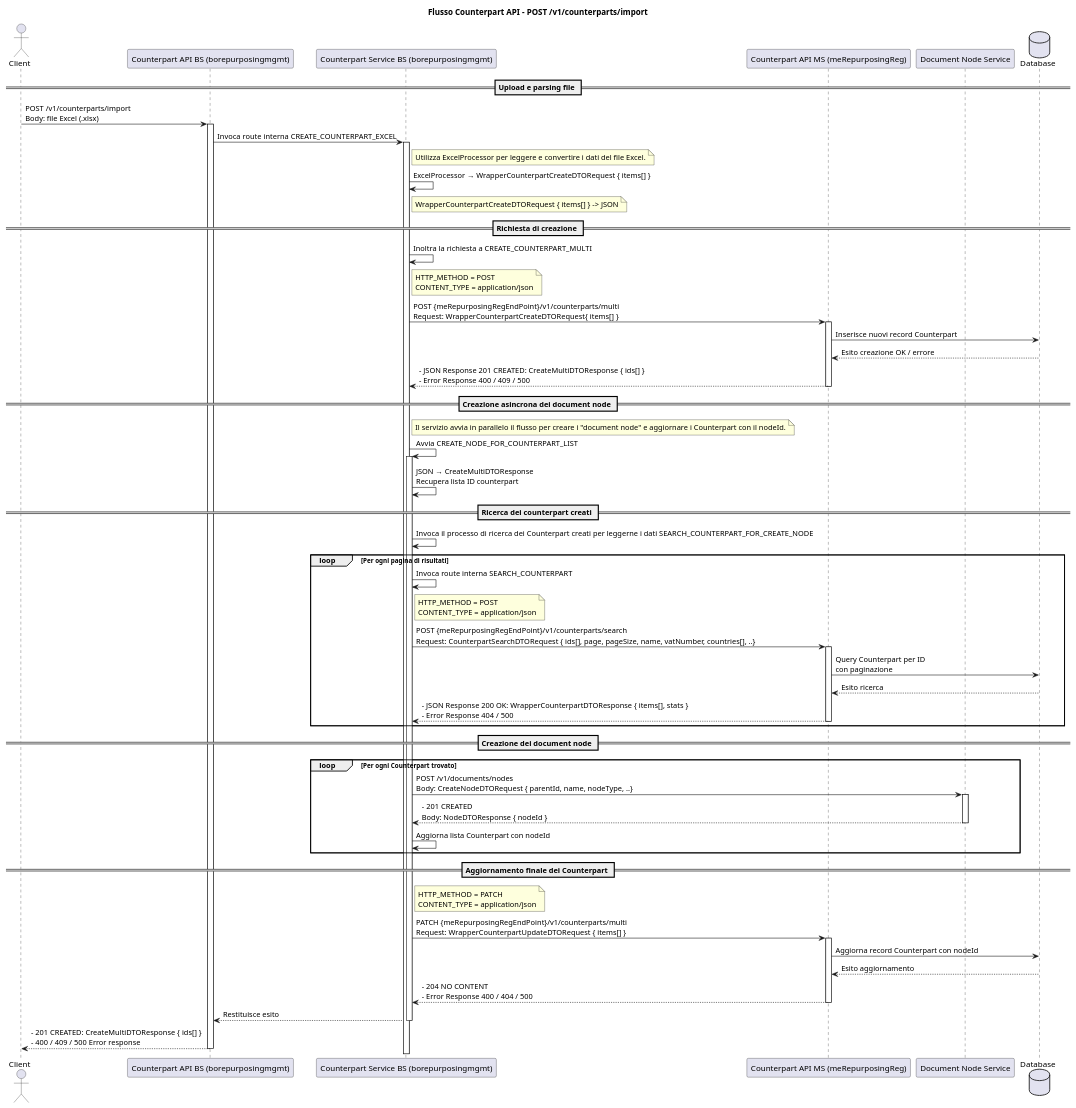
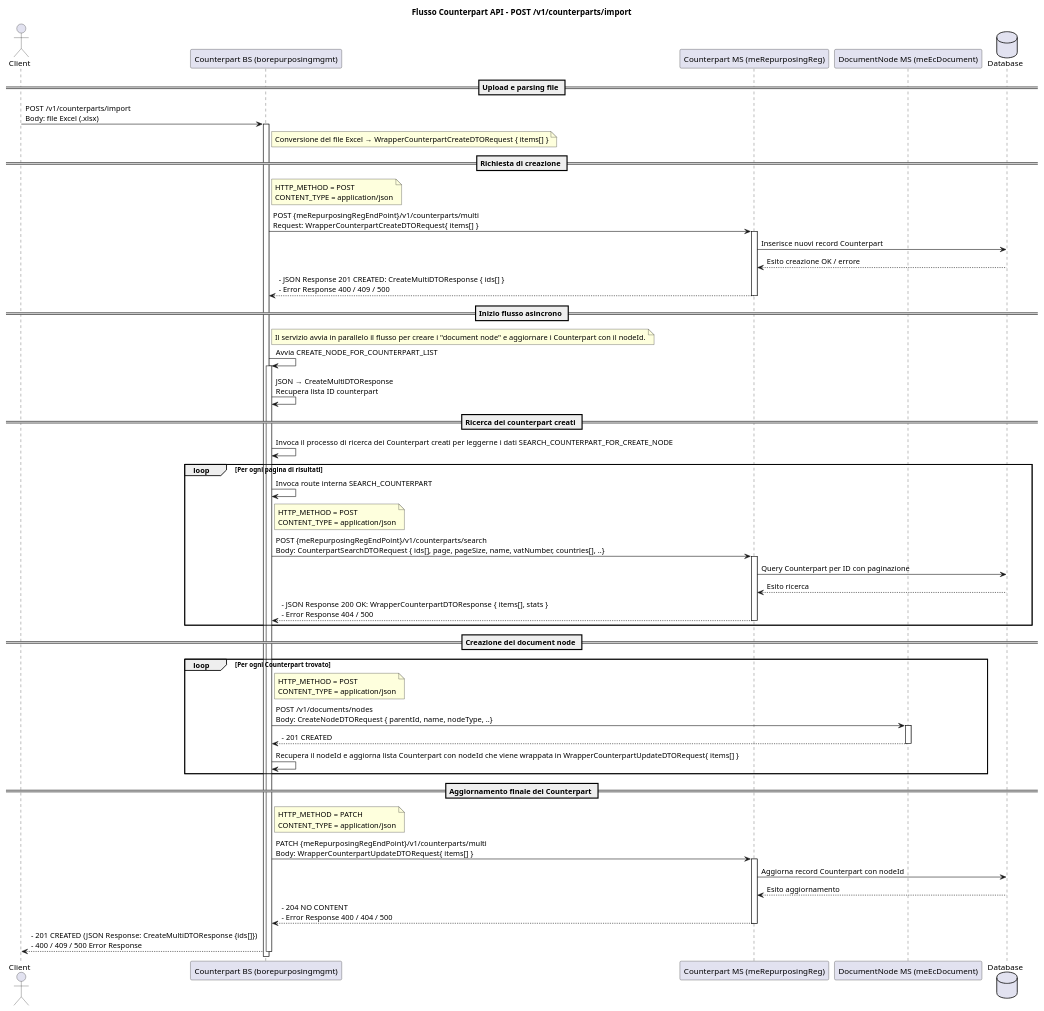
One commit to Tonio-D-San/MdToOther changed the diagram in Documentazione/Counterpart/snippets/post_v1_counterparts_import.puml. Above: the diagram before and after it, drawn with PlantUML. The commit also changed 10 other files, not shown here.

Commit message:
refactor: update documentation for Counterpart and Plant APIs to reflect microservice architecture changes

```diff
--- a/Documentazione/Counterpart/snippets/post_v1_counterparts_import.puml
+++ b/Documentazione/Counterpart/snippets/post_v1_counterparts_import.puml
@@ -1,101 +1,86 @@
 @startuml
 title Flusso Counterpart API - POST /v1/counterparts/import
 
 actor Client as C
-participant "Counterpart API BS (borepurposingmgmt)" as API_BS
-participant "Counterpart Service BS (borepurposingmgmt)" as Service_BS
-participant "Counterpart API MS (meRepurposingReg)" as API_MS
-participant "Document Node Service" as NODE_SRV
+participant "Counterpart BS (borepurposingmgmt)" as BS
+participant "Counterpart MS (meRepurposingReg)" as MS
+participant "DocumentNode MS (meEcDocument)" as DMS
 database "Database" as DB
 
 == Upload e parsing file ==
-C -> API_BS : POST /v1/counterparts/import\nBody: file Excel (.xlsx)
-activate API_BS
+C -> BS : POST /v1/counterparts/import\nBody: file Excel (.xlsx)
+activate BS
 
-API_BS -> Service_BS : Invoca route interna CREATE_COUNTERPART_EXCEL
-activate Service_BS
-
-note right of Service_BS
-Utilizza ExcelProcessor per leggere e convertire i dati del file Excel.
-end note
-
-Service_BS -> Service_BS : ExcelProcessor → WrapperCounterpartCreateDTORequest { items[] }
-
-note right of Service_BS
-WrapperCounterpartCreateDTORequest { items[] } -> JSON
+note right of BS
+Conversione del file Excel → WrapperCounterpartCreateDTORequest { items[] }
 end note
 
 == Richiesta di creazione ==
-Service_BS -> Service_BS : Inoltra la richiesta a CREATE_COUNTERPART_MULTI 
-
-note right of Service_BS
+note right of BS
 HTTP_METHOD = POST
 CONTENT_TYPE = application/json
 end note 
 
-Service_BS -> API_MS : POST {meRepurposingRegEndPoint}/v1/counterparts/multi\nRequest: WrapperCounterpartCreateDTORequest{ items[] }
-activate API_MS
+BS -> MS : POST {meRepurposingRegEndPoint}/v1/counterparts/multi\nRequest: WrapperCounterpartCreateDTORequest{ items[] }
+activate MS
 
-API_MS -> DB : Inserisce nuovi record Counterpart
-DB --> API_MS : Esito creazione OK / errore
-API_MS --> Service_BS : - JSON Response 201 CREATED: CreateMultiDTOResponse { ids[] } \n- Error Response 400 / 409 / 500
-deactivate API_MS
+MS -> DB : Inserisce nuovi record Counterpart
+DB --> MS : Esito creazione OK / errore
+MS --> BS : - JSON Response 201 CREATED: CreateMultiDTOResponse { ids[] } \n- Error Response 400 / 409 / 500
+deactivate MS
 
-== Creazione asincrona dei document node ==
-note right of Service_BS
+== Inizio flusso asincrono ==
+note right of BS
 Il servizio avvia in parallelo il flusso per creare i "document node" e aggiornare i Counterpart con il nodeId.
 end note
 
-Service_BS -> Service_BS : Avvia CREATE_NODE_FOR_COUNTERPART_LIST
-activate Service_BS
+BS -> BS : Avvia CREATE_NODE_FOR_COUNTERPART_LIST
+activate BS
 
-Service_BS -> Service_BS : JSON → CreateMultiDTOResponse\nRecupera lista ID counterpart 
+BS -> BS : JSON → CreateMultiDTOResponse\nRecupera lista ID counterpart 
 
 == Ricerca dei counterpart creati ==
-Service_BS -> Service_BS : Invoca il processo di ricerca dei Counterpart creati per leggerne i dati SEARCH_COUNTERPART_FOR_CREATE_NODE
+BS -> BS : Invoca il processo di ricerca dei Counterpart creati per leggerne i dati SEARCH_COUNTERPART_FOR_CREATE_NODE
 loop Per ogni pagina di risultati
-    Service_BS -> Service_BS : Invoca route interna SEARCH_COUNTERPART
-    
-    note right of Service_BS
-    HTTP_METHOD = POST
-    CONTENT_TYPE = application/json
-    end note 
-
-    Service_BS -> API_MS : POST {meRepurposingRegEndPoint}/v1/counterparts/search\nRequest: CounterpartSearchDTORequest { ids[], page, pageSize, name, vatNumber, countries[], ..}
-    activate API_MS
-    API_MS -> DB : Query Counterpart per ID\ncon paginazione
-    DB --> API_MS : Esito ricerca
-    API_MS --> Service_BS : - JSON Response 200 OK: WrapperCounterpartDTOResponse { items[], stats } \n- Error Response 404 / 500
-    deactivate API_MS
+    BS -> BS : Invoca route interna SEARCH_COUNTERPART
+    note right of BS
+      HTTP_METHOD = POST
+      CONTENT_TYPE = application/json
+    end note
+    BS -> MS : POST {meRepurposingRegEndPoint}/v1/counterparts/search\nBody: CounterpartSearchDTORequest { ids[], page, pageSize, name, vatNumber, countries[], ..}
+    activate MS
+    MS -> DB : Query Counterpart per ID con paginazione
+    DB --> MS : Esito ricerca
+    MS --> BS : - JSON Response 200 OK: WrapperCounterpartDTOResponse { items[], stats } \n- Error Response 404 / 500
+    deactivate MS
 end loop
 
 == Creazione dei document node ==
 loop Per ogni Counterpart trovato
-    Service_BS -> NODE_SRV : POST /v1/documents/nodes\nBody: CreateNodeDTORequest { parentId, name, nodeType, ..}
-    activate NODE_SRV
-    NODE_SRV --> Service_BS : - 201 CREATED\nBody: NodeDTOResponse { nodeId }
-    deactivate NODE_SRV
-    Service_BS -> Service_BS : Aggiorna lista Counterpart con nodeId
+    note right of BS
+      HTTP_METHOD = POST
+      CONTENT_TYPE = application/json
+    end note
+    BS -> DMS : POST /v1/documents/nodes\nBody: CreateNodeDTORequest { parentId, name, nodeType, ..}
+    activate DMS
+    DMS --> BS : - 201 CREATED
+    deactivate DMS
+    BS -> BS : Recupera il nodeId e aggiorna lista Counterpart con nodeId che viene wrappata in WrapperCounterpartUpdateDTORequest{ items[] }
 end loop
 
 == Aggiornamento finale dei Counterpart ==
+note right of BS
+  HTTP_METHOD = PATCH
+  CONTENT_TYPE = application/json
+end note
+BS -> MS : PATCH {meRepurposingRegEndPoint}/v1/counterparts/multi\nBody: WrapperCounterpartUpdateDTORequest{ items[] }
+activate MS
+MS -> DB : Aggiorna record Counterpart con nodeId
+DB --> MS : Esito aggiornamento
+MS --> BS : - 204 NO CONTENT \n- Error Response 400 / 404 / 500
+deactivate MS
 
-note right of Service_BS
-HTTP_METHOD = PATCH
-CONTENT_TYPE = application/json
-end note 
-
-Service_BS -> API_MS : PATCH {meRepurposingRegEndPoint}/v1/counterparts/multi\nRequest: WrapperCounterpartUpdateDTORequest { items[] }
-activate API_MS
-API_MS -> DB : Aggiorna record Counterpart con nodeId
-DB --> API_MS : Esito aggiornamento
-API_MS --> Service_BS : - 204 NO CONTENT \n- Error Response 400 / 404 / 500
-deactivate API_MS
-
-Service_BS --> API_BS : Restituisce esito
-deactivate Service_BS
-
-API_BS --> C : - 201 CREATED: CreateMultiDTOResponse { ids[] } \n- 400 / 409 / 500 Error response
-deactivate API_BS
+BS --> C : - 201 CREATED (JSON Response: CreateMultiDTOResponse {ids[]}) \n- 400 / 409 / 500 Error Response
+deactivate BS
 
 @enduml
```
